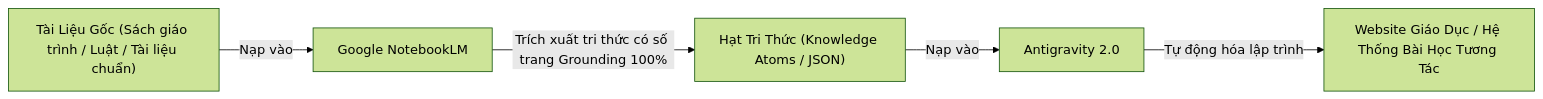
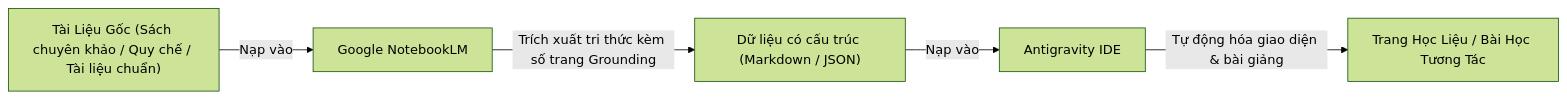
Before and after one commit to minhgssp/hahahaha: the diagram in antigravity_course_vn/Module_3_Advanced_Enterprise_Automation/3.8_NotebookLM_Anti_Hallucination.md, drawn with Mermaid (forest theme). The commit also changed other lines of this file and 14 other files, not shown here.

````diff
--- a/antigravity_course_vn/Module_3_Advanced_Enterprise_Automation/3.8_NotebookLM_Anti_Hallucination.md
+++ b/antigravity_course_vn/Module_3_Advanced_Enterprise_Automation/3.8_NotebookLM_Anti_Hallucination.md
@@ -14,7 +14,7 @@
 ```mermaid
 flowchart LR
-    A["Tài Liệu Gốc (Sách giáo trình / Luật / Tài liệu chuẩn)"] -->|Nạp vào| B["Google NotebookLM"]
-    B -->|Trích xuất tri thức có số trang Grounding 100%| C["Hạt Tri Thức (Knowledge Atoms / JSON)"]
-    C -->|Nạp vào| D["Antigravity 2.0"]
-    D -->|Tự động hóa lập trình| E["Website Giáo Dục / Hệ Thống Bài Học Tương Tác"]
+    A["Tài Liệu Gốc (Sách chuyên khảo / Quy chế / Tài liệu chuẩn)"] -->|Nạp vào| B["Google NotebookLM"]
+    B -->|Trích xuất tri thức kèm số trang Grounding| C["Dữ liệu có cấu trúc (Markdown / JSON)"]
+    C -->|Nạp vào| D["Antigravity IDE"]
+    D -->|Tự động hóa giao diện & bài giảng| E["Trang Học Liệu / Bài Học Tương Tác"]
 ```
````
